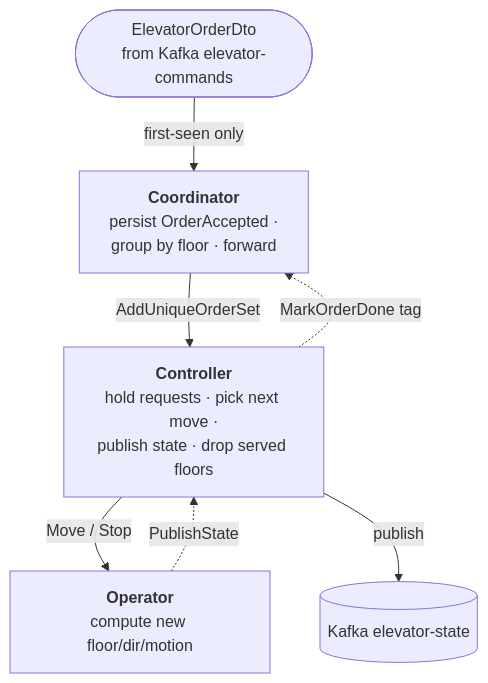
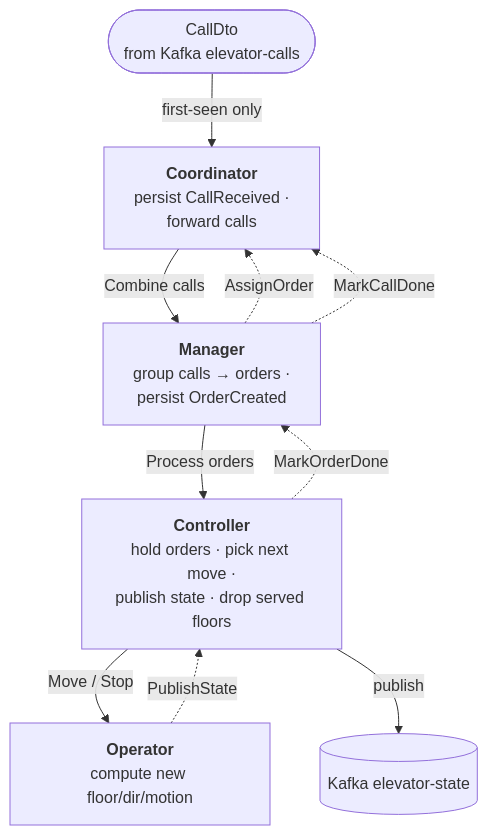
One commit to TwistedLady/elevator-system changed the diagram in docs/actors.md. Above: the diagram before and after it, drawn with Mermaid. The commit also changed other lines of this file and 19 other files, not shown here.

First line of the commit message:
Docs + cleanup: refactor docs to Call/Order; drop dead files; fix nested poms

````diff
--- a/docs/actors.md
+++ b/docs/actors.md
@@ -15,15 +17,20 @@
 ```mermaid
 flowchart TD
-  ord(["ElevatorOrderDto<br/>from Kafka elevator-commands"]) -->|first-seen only| coord
+  call(["CallDto<br/>from Kafka elevator-calls"]) -->|first-seen only| coord
 
-  coord["<b>Coordinator</b><br/>persist OrderAccepted ·<br/>group by floor · forward"]
-  coord -->|AddUniqueOrderSet| ctrl
+  coord["<b>Coordinator</b><br/>persist CallReceived ·<br/>forward calls"]
+  coord -->|Combine calls| mgr
 
-  ctrl["<b>Controller</b><br/>hold requests · pick next move ·<br/>publish state · drop served floors"]
+  mgr["<b>Manager</b><br/>group calls → orders ·<br/>persist OrderCreated"]
+  mgr -.->|AssignOrder| coord
+  mgr -->|Process orders| ctrl
+
+  ctrl["<b>Controller</b><br/>hold orders · pick next move ·<br/>publish state · drop served floors"]
   ctrl -->|Move / Stop| op
   ctrl -->|publish| out[("Kafka elevator-state")]
-  ctrl -.->|MarkOrderDone tag| coord
+  ctrl -.->|MarkOrderDone| mgr
+  mgr -.->|MarkCallDone| coord
 
   op["<b>Operator</b><br/>compute new floor/dir/motion"]
   op -.->|PublishState| ctrl
 ```
````
